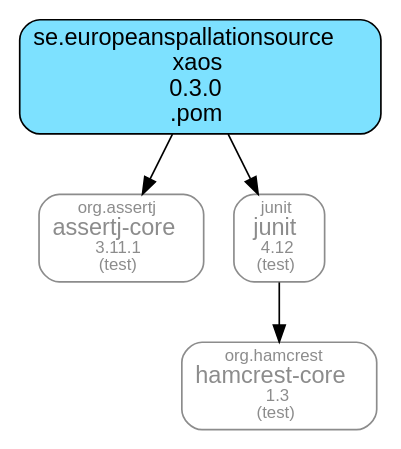
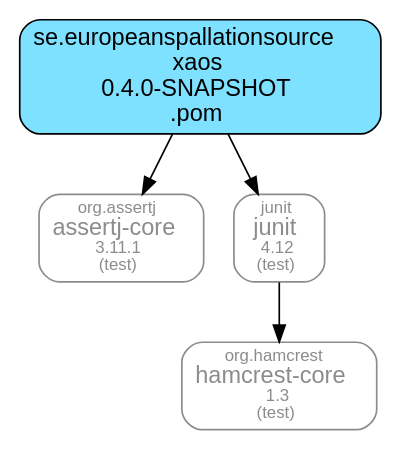
Before and after one commit to ESSICS/XAOS: the diagram in doc/maven-dependencies.dot, drawn with Graphviz. The commit also changed 15 other files, not shown here.

```diff
--- a/doc/maven-dependencies.dot
+++ b/doc/maven-dependencies.dot
@@ -1,15 +1,15 @@
 digraph "xaos" {
   node [shape="box",style="rounded",fontname="Helvetica",fontsize="14"]
   edge [fontsize="10",fontname="Helvetica"]
 
   // Node Definitions:
-  "se.europeanspallationsource:xaos:pom"[shape="box",style="rounded, filled",fillcolor="#7DE1FF",label=<se.europeanspallationsource<br/>xaos<br/>0.3.0<br/>.pom>]
+  "se.europeanspallationsource:xaos:pom"[shape="box",style="rounded, filled",fillcolor="#7DE1FF",label=<se.europeanspallationsource<br/>xaos<br/>0.4.0-SNAPSHOT<br/>.pom>]
   "org.assertj:assertj-core:jar"[shape="box",style="rounded",color="grey55",fontname="Helvetica",fontsize="14",fontcolor="grey55",label=<<font color="grey55" point-size="10">org.assertj</font><br/>assertj-core<font color="grey55" point-size="10"><br/>3.11.1</font><font color="grey55" point-size="10"><br/>(test)</font>>]
   "junit:junit:jar"[shape="box",style="rounded",color="grey55",fontname="Helvetica",fontsize="14",fontcolor="grey55",label=<<font color="grey55" point-size="10">junit</font><br/>junit<font color="grey55" point-size="10"><br/>4.12</font><font color="grey55" point-size="10"><br/>(test)</font>>]
   "org.hamcrest:hamcrest-core:jar"[shape="box",style="rounded",color="grey55",fontname="Helvetica",fontsize="14",fontcolor="grey55",label=<<font color="grey55" point-size="10">org.hamcrest</font><br/>hamcrest-core<font color="grey55" point-size="10"><br/>1.3</font><font color="grey55" point-size="10"><br/>(test)</font>>]
 
   // Edge Definitions:
   "se.europeanspallationsource:xaos:pom" -> "org.assertj:assertj-core:jar"
   "junit:junit:jar" -> "org.hamcrest:hamcrest-core:jar"
   "se.europeanspallationsource:xaos:pom" -> "junit:junit:jar"
 }
```
